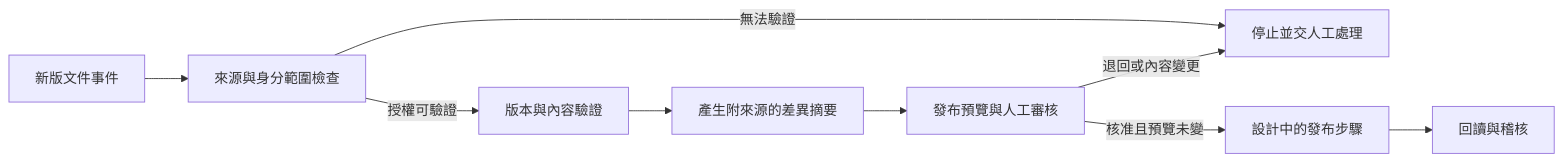
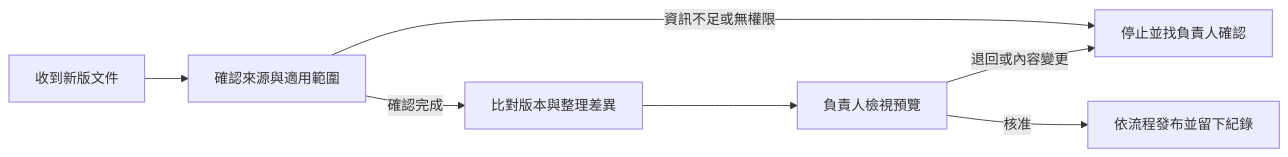
One commit to a275618631/manufacturing-document-workflow changed the diagram in README.md. Above: the diagram before and after it, drawn with Mermaid. The commit also changed other lines of this file, not shown here.

````diff
--- a/README.md
+++ b/README.md
@@ -11,11 +7,9 @@
 ```mermaid
 flowchart LR
-    A[新版文件事件] --> B[來源與身分範圍檢查]
-    B -->|授權可驗證| C[版本與內容驗證]
-    B -->|無法驗證| X[停止並交人工處理]
-    C --> D[產生附來源的差異摘要]
-    D --> E[發布預覽與人工審核]
-    E -->|核准且預覽未變| F[設計中的發布步驟]
-    E -->|退回或內容變更| X
-    F --> G[回讀與稽核]
+    A[收到新版文件] --> B[確認來源與適用範圍]
+    B -->|資訊不足或無權限| X[停止並找負責人確認]
+    B -->|確認完成| C[比對版本與整理差異]
+    C --> D[負責人檢視預覽]
+    D -->|核准| E[依流程發布並留下紀錄]
+    D -->|退回或內容變更| X
 ```
````
